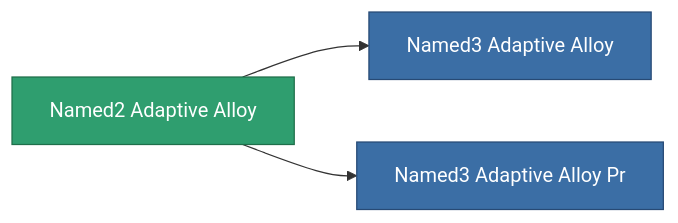
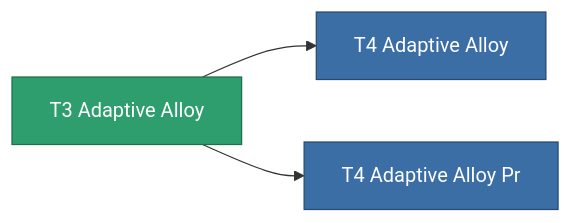
One commit to OpenPerpetuum/Wiki changed the diagram in content/content/items/named2_adaptive_alloy.md. Above: the diagram before and after it, drawn with Mermaid. The commit also changed other lines of this file and 4904 other files, not shown here.

````diff
--- a/content/content/items/named2_adaptive_alloy.md
+++ b/content/content/items/named2_adaptive_alloy.md
@@ -86,13 +54,13 @@
 ```mermaid
 graph LR
-    a["Named2 Adaptive Alloy"]:::current
-    b["Named3 Adaptive Alloy"]:::prod
+    a["T3 Adaptive Alloy"]:::current
+    b["T4 Adaptive Alloy"]:::prod
     a --> b
-    click b "/content/items/named3-adaptive-alloy/" "Named3 Adaptive Alloy"
-    c["Named3 Adaptive Alloy Pr"]:::prod
+    click b "/content/items/named3-adaptive-alloy/" "T4 Adaptive Alloy"
+    c["T4 Adaptive Alloy Pr"]:::prod
     a --> c
-    click c "/content/items/named3-adaptive-alloy-pr/" "Named3 Adaptive Alloy Pr"
+    click c "/content/items/named3-adaptive-alloy-pr/" "T4 Adaptive Alloy Pr"
     classDef current fill:#2f9e6f,stroke:#1f6f4a,color:#ffffff
     classDef prod fill:#3b6ea5,stroke:#274a75,color:#ffffff
     classDef more fill:#39445a,stroke:#54658a,color:#d5dbe8
 ```
````
